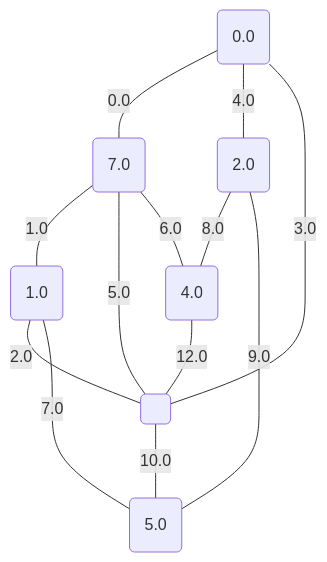
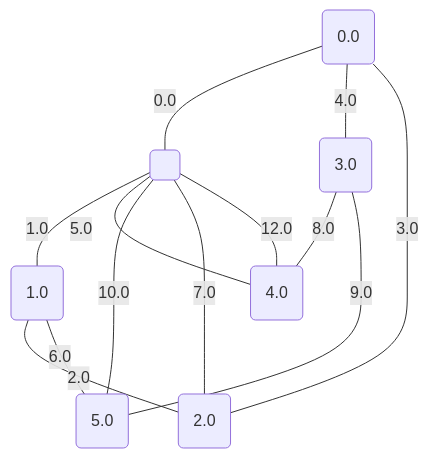
One commit to metury/graphs changed the seventh of 17 diagrams in project/src/testing/showcase/minCutPetersen.md. Above: the diagram before and after it, drawn with Mermaid. The commit also changed other lines of this file and 34 other files, not shown here.

````diff
--- a/project/src/testing/showcase/minCutPetersen.md
+++ b/project/src/testing/showcase/minCutPetersen.md
@@ -191,22 +191,22 @@
 ```mermaid
 graph TD;
 	0("0.0");
 	1("1.0");
 	2("2.0");
-	3("4.0");
-	4("5.0");
-	5("7.0");
+	3("3.0");
+	4("4.0");
+	5("5.0");
 	6(" ");
-	0 -- "0.0" --- 5;
-	5 -- "1.0" --- 1;
-	1 -- "2.0" --- 6;
-	6 -- "3.0" --- 0;
-	0 -- "4.0" --- 2;
-	5 -- "5.0" --- 6;
-	5 -- "6.0" --- 3;
-	1 -- "7.0" --- 4;
-	2 -- "8.0" --- 3;
-	2 -- "9.0" --- 4;
-	6 -- "10.0" --- 4;
-	3 -- "12.0" --- 6;
+	0 -- "0.0" --- 6;
+	6 -- "1.0" --- 1;
+	1 -- "2.0" --- 2;
+	2 -- "3.0" --- 0;
+	0 -- "4.0" --- 3;
+	6 -- "5.0" --- 4;
+	1 -- "6.0" --- 5;
+	2 -- "7.0" --- 6;
+	3 -- "8.0" --- 4;
+	3 -- "9.0" --- 5;
+	6 -- "10.0" --- 5;
+	4 -- "12.0" --- 6;
 ```
````
